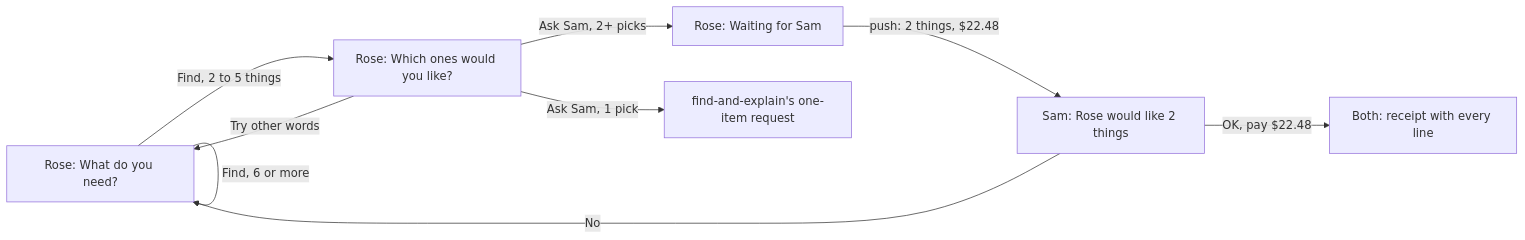
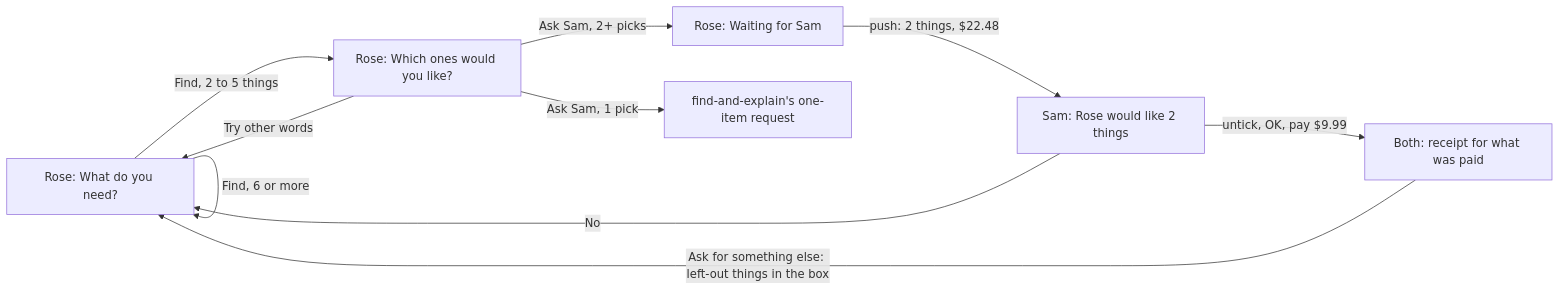
The third of 3 diagrams in docs/specs/basket.md (dzaffren/kincart), drawn with Mermaid before and after one commit. The commit also changed other lines of this file and 7 other files, not shown here.

````diff
--- a/docs/specs/basket.md
+++ b/docs/specs/basket.md
@@ -129,11 +140,12 @@
 ```mermaid
 flowchart LR
     A["Rose: What do you need?"] -- "Find, 2 to 5 things" --> G["Rose: Which ones would you like?"]
     A -- "Find, 6 or more" --> A
     G -- "Ask Sam, 2+ picks" --> W["Rose: Waiting for Sam"]
     G -- "Ask Sam, 1 pick" --> W1["find-and-explain's one-item request"]
     G -- "Try other words" --> A
     W -- "push: 2 things, $22.48" --> S["Sam: Rose would like 2 things"]
-    S -- "OK, pay $22.48" --> R["Both: receipt with every line"]
+    S -- "untick, OK, pay $9.99" --> R["Both: receipt for what was paid"]
+    R -- "Ask for something else: left-out things in the box" --> A
     S -- "No" --> A
 ```
````
